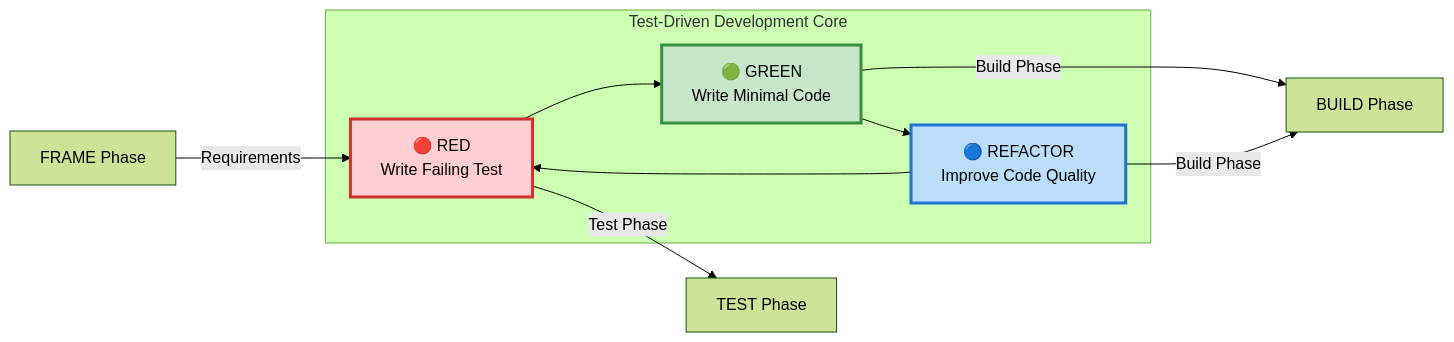
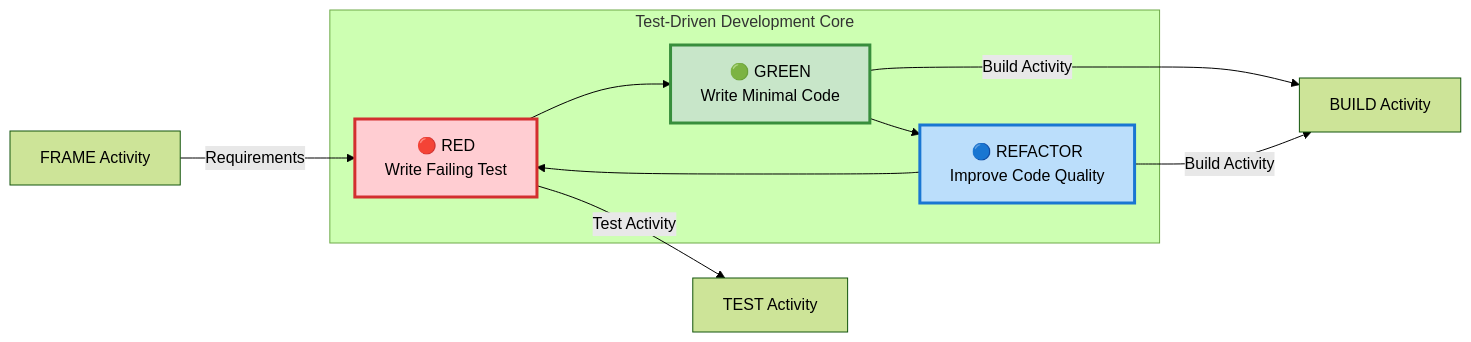
The fourth of 5 diagrams in workflows/diagrams/workflow-overview.md (easel/helix), drawn with Mermaid (forest theme) before and after one commit. The commit also changed other lines of this file and 88 other files, not shown here.

First line of the commit message:
workflows: rename phase → activity in methodology prose

````diff
--- a/workflows/diagrams/workflow-overview.md
+++ b/workflows/diagrams/workflow-overview.md
@@ -122,17 +122,17 @@
 ```mermaid
 graph LR
     subgraph "Test-Driven Development Core"
         Red[🔴 RED<br/>Write Failing Test] --> Green[🟢 GREEN<br/>Write Minimal Code]
         Green --> Refactor[🔵 REFACTOR<br/>Improve Code Quality]
         Refactor --> Red
     end
 
-    Frame[FRAME Phase] -->|Requirements| Red
-    Red -->|Test Phase| TestPhase[TEST Phase]
-    Green -->|Build Phase| BuildPhase[BUILD Phase]
-    Refactor -->|Build Phase| BuildPhase
+    Frame[FRAME Activity] -->|Requirements| Red
+    Red -->|Test Activity| TestPhase[TEST Activity]
+    Green -->|Build Activity| BuildPhase[BUILD Activity]
+    Refactor -->|Build Activity| BuildPhase
 
     style Red fill:#ffcdd2,stroke:#d32f2f,stroke-width:3px
     style Green fill:#c8e6c9,stroke:#388e3c,stroke-width:3px
     style Refactor fill:#bbdefb,stroke:#1976d2,stroke-width:3px
 ```
````
